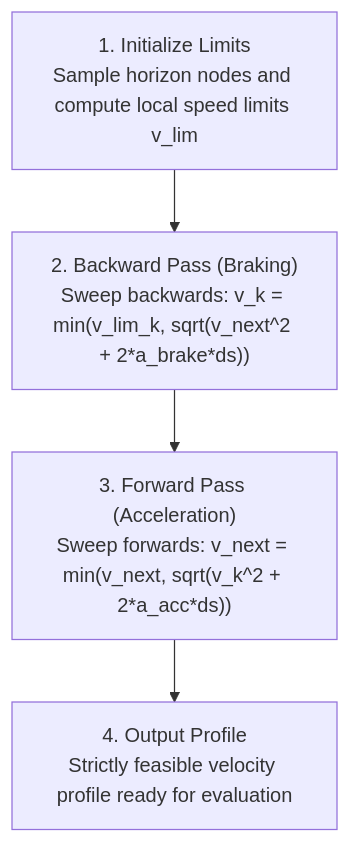
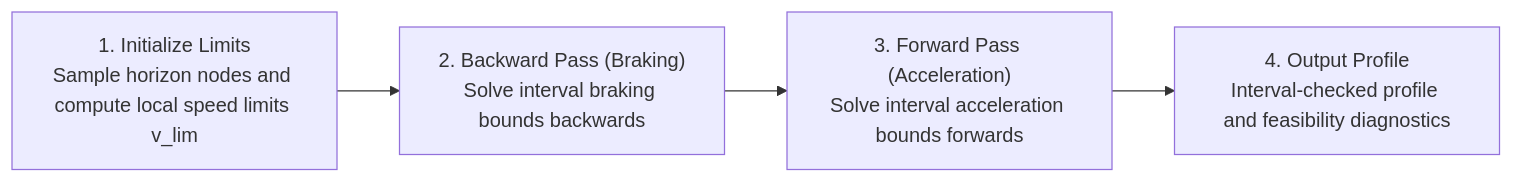
Before and after one commit to team581/offseason-2026: the diagram in shared/src/main/java/com/team581/trailblazer2/planning/02-velocity-profiler-and-limits.md, drawn with Mermaid. The commit also changed other lines of this file and 9 other files, not shown here.

Commit message:
Update implementation roadmap

````diff
--- a/shared/src/main/java/com/team581/trailblazer2/planning/02-velocity-profiler-and-limits.md
+++ b/shared/src/main/java/com/team581/trailblazer2/planning/02-velocity-profiler-and-limits.md
@@ -147,7 +143,7 @@
 ```mermaid
-flowchart TD
+flowchart LR
     Init["1. Initialize Limits<br/>Sample horizon nodes and compute local speed limits v_lim"] -->
-    Back["2. Backward Pass (Braking)<br/>Sweep backwards: v_k = min(v_lim_k, sqrt(v_next^2 + 2*a_brake*ds))"] -->
-    Fwd["3. Forward Pass (Acceleration)<br/>Sweep forwards: v_next = min(v_next, sqrt(v_k^2 + 2*a_acc*ds))"] -->
-    Out["4. Output Profile<br/>Strictly feasible velocity profile ready for evaluation"]
+    Back["2. Backward Pass (Braking)<br/>Solve interval braking bounds backwards"] -->
+    Fwd["3. Forward Pass (Acceleration)<br/>Solve interval acceleration bounds forwards"] -->
+    Out["4. Output Profile<br/>Interval-checked profile and feasibility diagnostics"]
 ```
````
